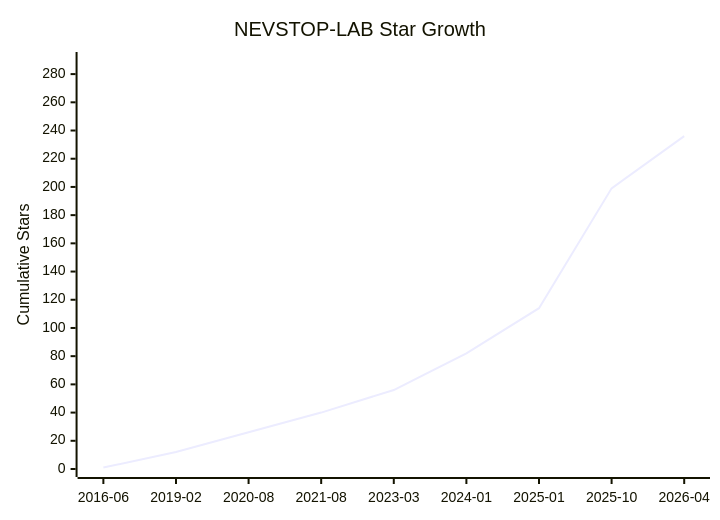
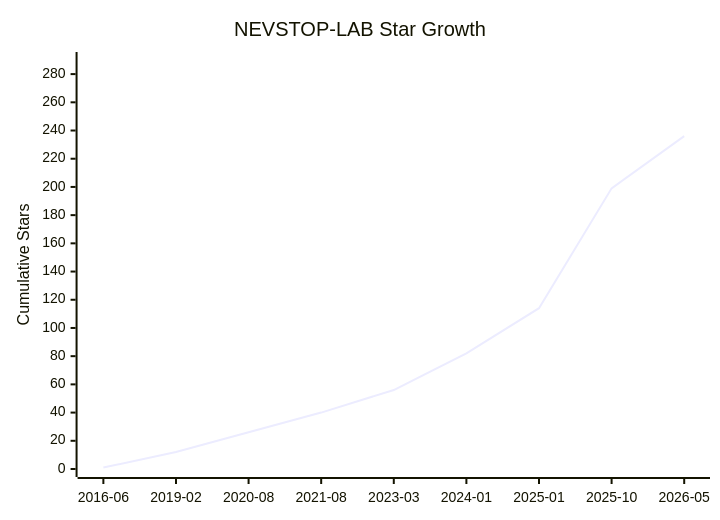
Before and after one commit to NEVSTOP-LAB/.github: the diagram in Star-History.md, drawn with Mermaid. The commit also changed other lines of this file, not shown here.

````diff
--- a/Star-History.md
+++ b/Star-History.md
@@ -8,7 +8,7 @@
 ```mermaid
 xychart-beta
     title "NEVSTOP-LAB Star Growth"
-    x-axis ["2016-06", "2019-02", "2020-08", "2021-08", "2023-03", "2024-01", "2025-01", "2025-10", "2026-04"]
+    x-axis ["2016-06", "2019-02", "2020-08", "2021-08", "2023-03", "2024-01", "2025-01", "2025-10", "2026-05"]
     y-axis "Cumulative Stars" 0 --> 290
     line [1, 12, 26, 40, 56, 82, 114, 199, 236]
 ```
````
